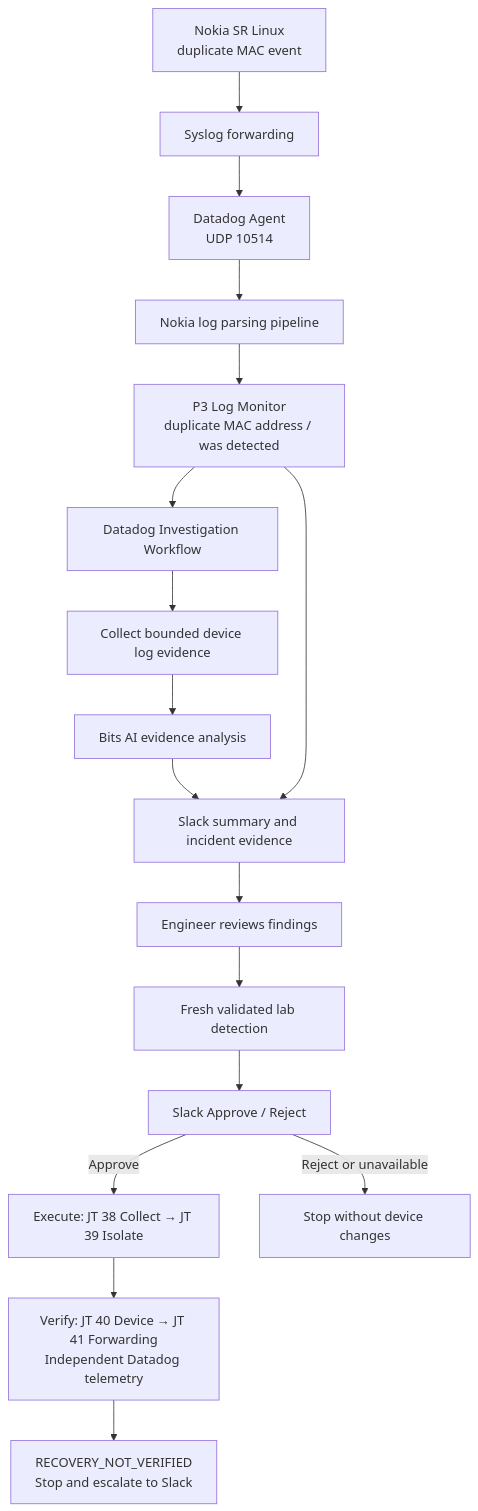
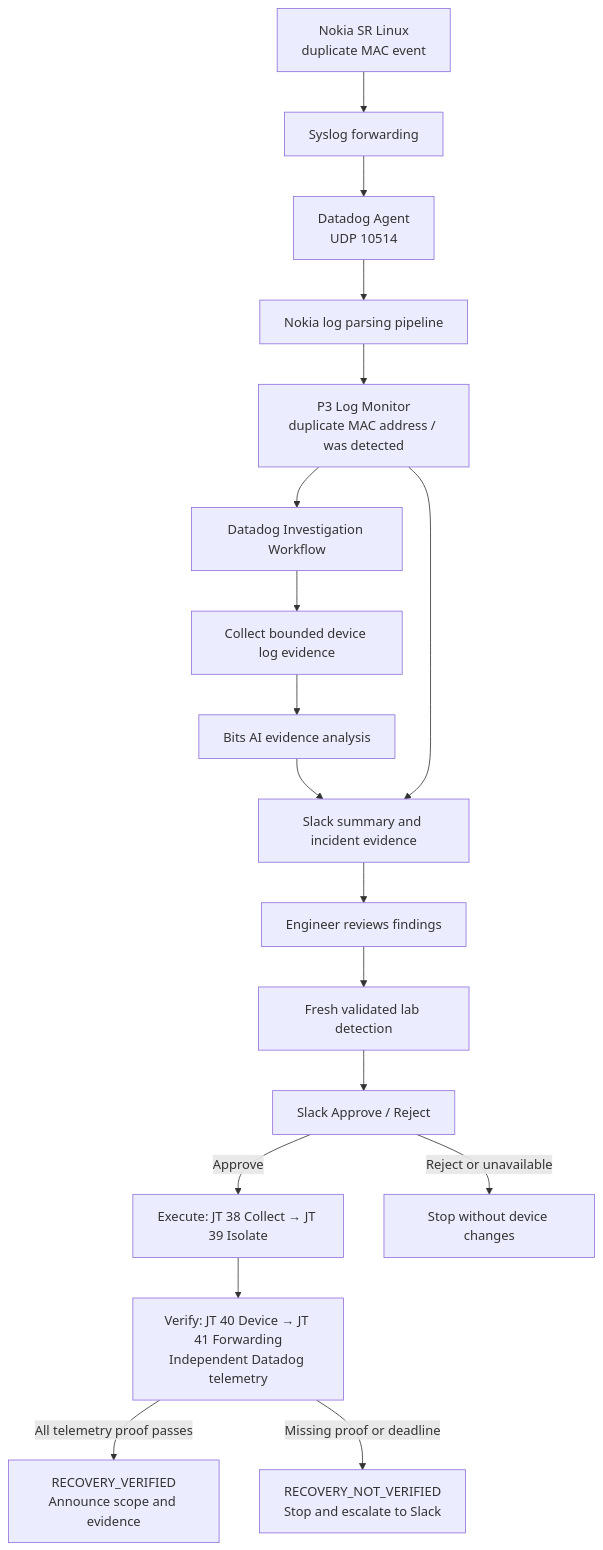
Before and after one commit to avecenabasuni/mac-flapping-aiops: the second of 3 diagrams in README.md, drawn with Mermaid. The commit also changed other lines of this file and 10 other files, not shown here.

Commit message:
Verify recovery from bounded post-job Datadog telemetry and log clearance

````diff
--- a/README.md
+++ b/README.md
@@ -50,19 +50,20 @@
 ```mermaid
 flowchart TD
     SW["Nokia SR Linux<br/>duplicate MAC event"] --> SYS["Syslog forwarding"]
     SYS --> AGENT["Datadog Agent<br/>UDP 10514"]
     AGENT --> PIPE["Nokia log parsing pipeline"]
     PIPE --> MON["P3 Log Monitor<br/>duplicate MAC address / was detected"]
     MON --> INVEST["Datadog Investigation Workflow"]
     INVEST --> FETCH["Collect bounded device log evidence"]
     FETCH --> AI["Bits AI evidence analysis"]
     AI --> SLACK["Slack summary and incident evidence"]
     MON --> SLACK
     SLACK --> HUMAN["Engineer reviews findings"]
     HUMAN --> GATE["Fresh validated lab detection"]
     GATE --> DECISION["Slack Approve / Reject"]
-    DECISION -->|Approve| PLACEHOLDER["Execute: JT 38 Collect → JT 39 Isolate"]
-    PLACEHOLDER --> VERIFY["Verify: JT 40 Device → JT 41 Forwarding<br/>Independent Datadog telemetry"]
-    VERIFY --> ESCALATE["RECOVERY_NOT_VERIFIED<br/>Stop and escalate to Slack"]
+    DECISION -->|Approve| AAPEXEC["Execute: JT 38 Collect → JT 39 Isolate"]
+    AAPEXEC --> VERIFY["Verify: JT 40 Device → JT 41 Forwarding<br/>Independent Datadog telemetry"]
+    VERIFY -->|All telemetry proof passes| VERIFIED["RECOVERY_VERIFIED<br/>Announce scope and evidence"]
+    VERIFY -->|Missing proof or deadline| ESCALATE["RECOVERY_NOT_VERIFIED<br/>Stop and escalate to Slack"]
     DECISION -->|Reject or unavailable| STOP["Stop without device changes"]
 ```
````
